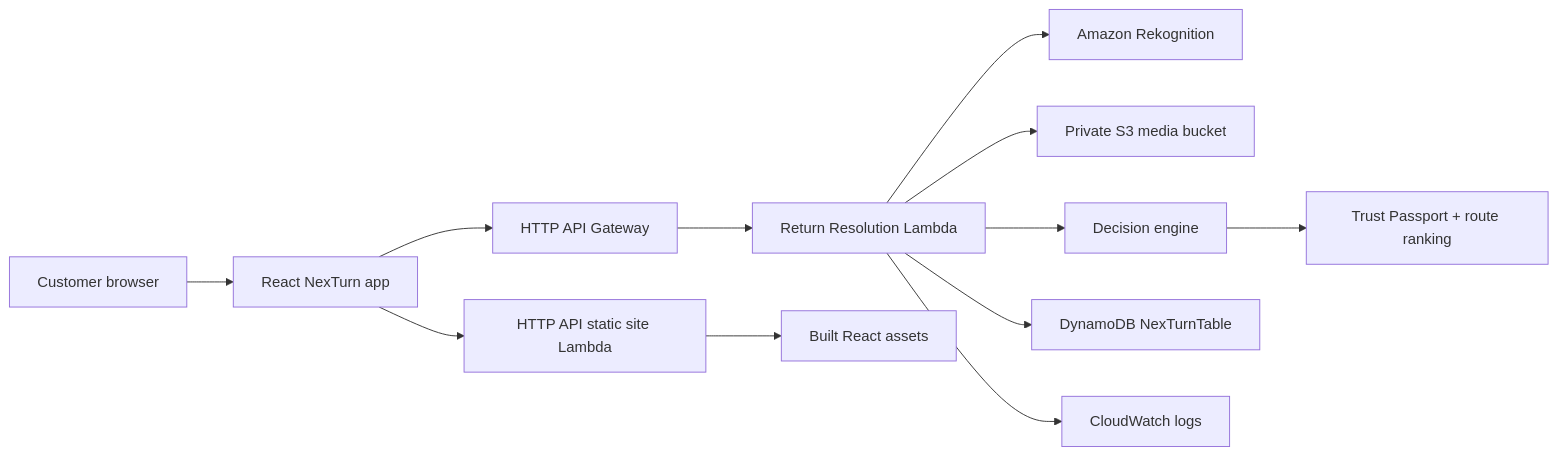
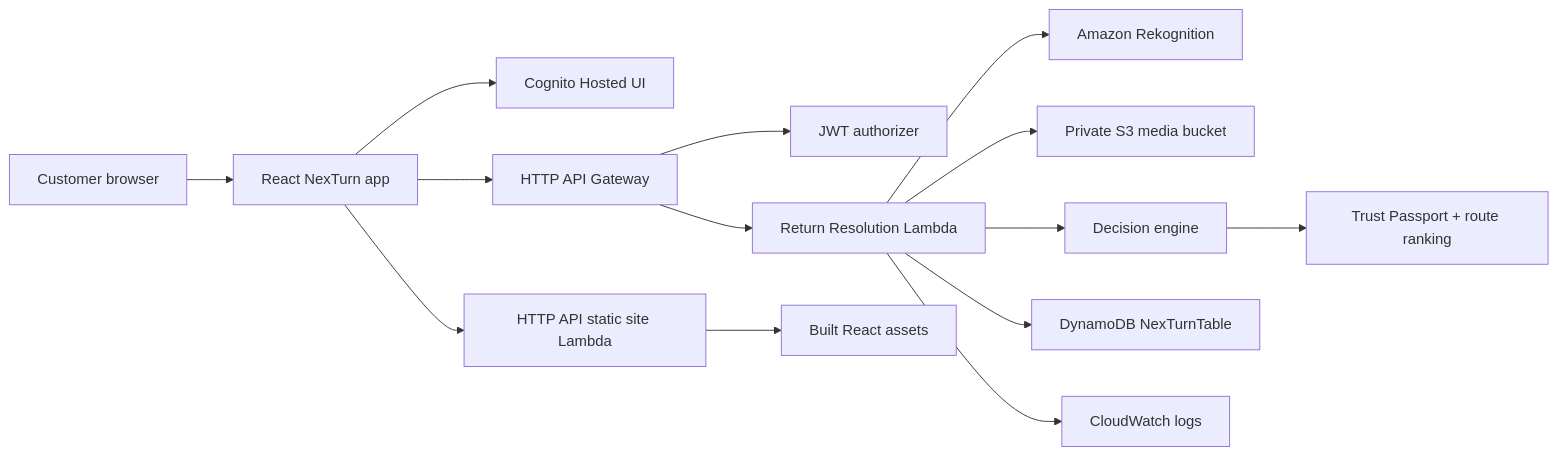
One commit to AKSHATSPAR/nexturn changed the diagram in README.md. Above: the diagram before and after it, drawn with Mermaid. The commit also changed other lines of this file and 16 other files, not shown here.

Commit message:
feat: add customer auth and protected exchange flow

````diff
--- a/README.md
+++ b/README.md
@@ -37,14 +39,16 @@
 ```mermaid
 flowchart LR
   Customer["Customer browser"] --> Web["React NexTurn app"]
+  Web --> Auth["Cognito Hosted UI"]
   Web --> API["HTTP API Gateway"]
+  API --> JWT["JWT authorizer"]
   API --> Lambda["Return Resolution Lambda"]
   Lambda --> Rekognition["Amazon Rekognition"]
   Lambda --> S3["Private S3 media bucket"]
   Lambda --> Engine["Decision engine"]
   Lambda --> DDB["DynamoDB NexTurnTable"]
   Web --> Site["HTTP API static site Lambda"]
   Site --> Assets["Built React assets"]
   Lambda --> Logs["CloudWatch logs"]
   Engine --> Passport["Trust Passport + route ranking"]
 ```
````
